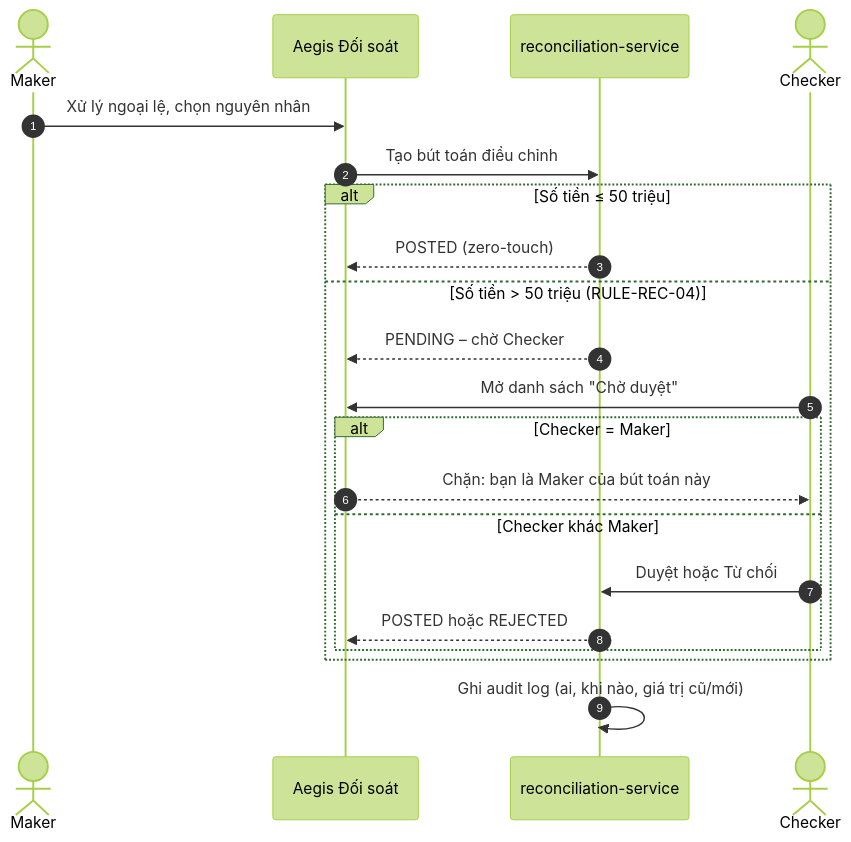
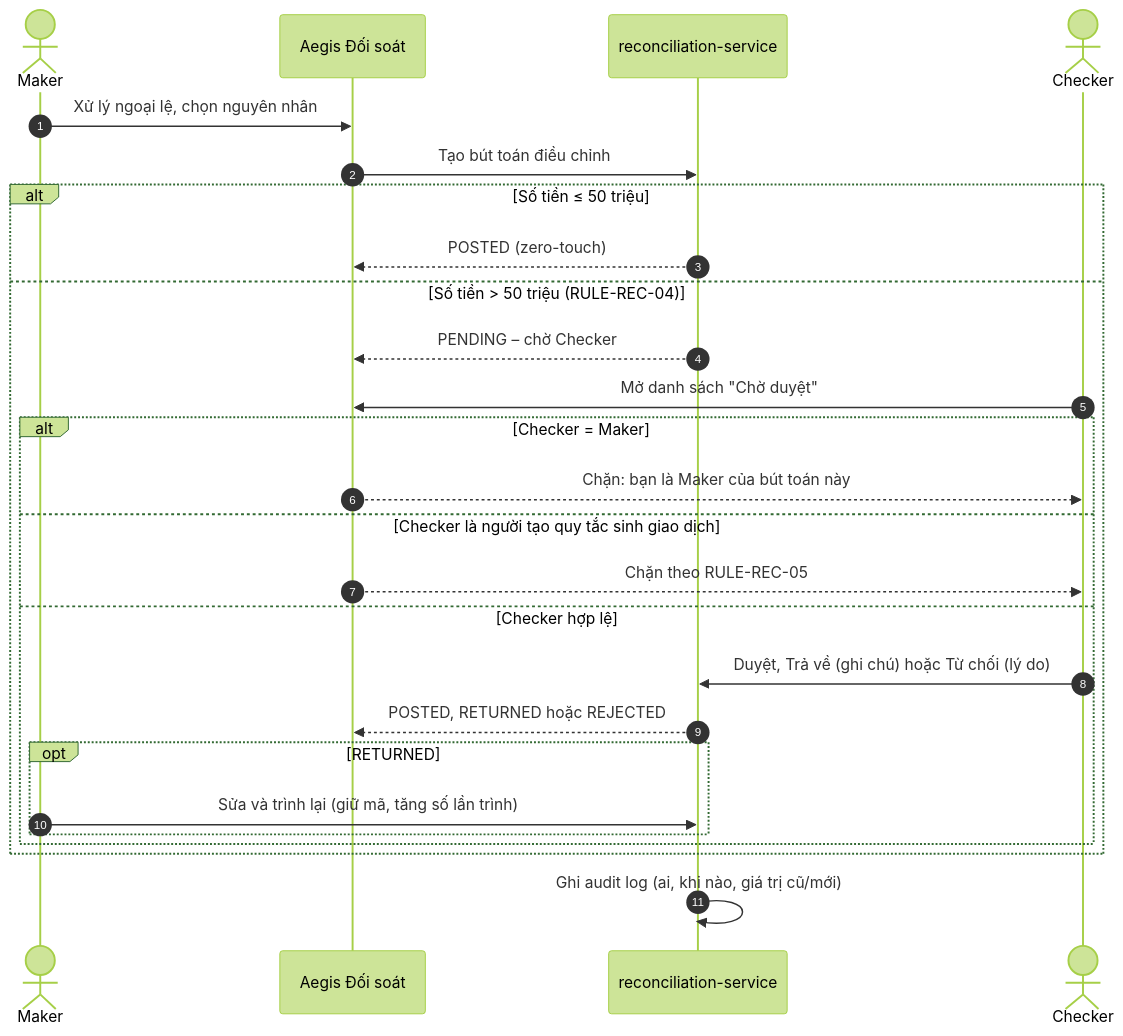
One commit to handao2303/aegis-ekyc-ui changed the fourth of 6 diagrams in docs/02-reconciliation/R01-reconciliation-flow.md. Above: the diagram before and after it, drawn with Mermaid (forest theme). The commit also changed other lines of this file and 9 other files, not shown here.

Commit message:
Module 2 docs: R01 v1.1 aligned with prototype after R04 round 2 (PENDING_POSTING, 3 resolution types, RETURNED/resubmit, RULE-REC-05 baseline meaning), document control; R03/R04 v1.3 approval sections

````diff
--- a/docs/02-reconciliation/R01-reconciliation-flow.md
+++ b/docs/02-reconciliation/R01-reconciliation-flow.md
@@ -88,23 +97,28 @@
 ```mermaid
 sequenceDiagram
     autonumber
     actor MK as Maker
     participant UI as Aegis Đối soát
     participant SVC as reconciliation-service
     actor CK as Checker
     MK->>UI: Xử lý ngoại lệ, chọn nguyên nhân
     UI->>SVC: Tạo bút toán điều chỉnh
     alt Số tiền ≤ 50 triệu
         SVC-->>UI: POSTED (zero-touch)
     else Số tiền > 50 triệu (RULE-REC-04)
         SVC-->>UI: PENDING – chờ Checker
         CK->>UI: Mở danh sách "Chờ duyệt"
         alt Checker = Maker
             UI-->>CK: Chặn: bạn là Maker của bút toán này
-        else Checker khác Maker
-            CK->>SVC: Duyệt hoặc Từ chối
-            SVC-->>UI: POSTED hoặc REJECTED
+        else Checker là người tạo quy tắc sinh giao dịch
+            UI-->>CK: Chặn theo RULE-REC-05
+        else Checker hợp lệ
+            CK->>SVC: Duyệt, Trả về (ghi chú) hoặc Từ chối (lý do)
+            SVC-->>UI: POSTED, RETURNED hoặc REJECTED
+            opt RETURNED
+                MK->>SVC: Sửa và trình lại (giữ mã, tăng số lần trình)
+            end
         end
     end
     SVC->>SVC: Ghi audit log (ai, khi nào, giá trị cũ/mới)
 ```
````
